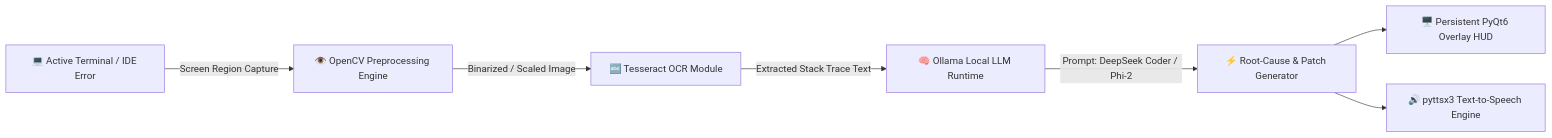
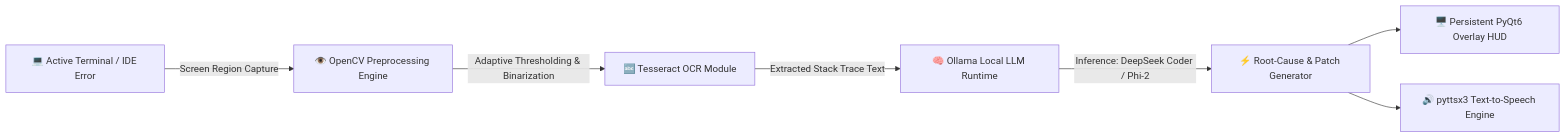
The diagram in README.md (iqandeq006-hue/AI-OCR-DEBUGGER-ASSISTANT), drawn with Mermaid before and after one commit. The commit also changed other lines of this file and 1 other file, not shown here.

````diff
--- a/README.md
+++ b/README.md
@@ -30,9 +37,9 @@
 ```mermaid
 flowchart LR
     A[💻 Active Terminal / IDE Error] -->|Screen Region Capture| B[👁️ OpenCV Preprocessing Engine]
-    B -->|Binarized / Scaled Image| C[🔤 Tesseract OCR Module]
+    B -->|Adaptive Thresholding & Binarization| C[🔤 Tesseract OCR Module]
     C -->|Extracted Stack Trace Text| D[🧠 Ollama Local LLM Runtime]
-    D -->|Prompt: DeepSeek Coder / Phi-2| E[⚡ Root-Cause & Patch Generator]
+    D -->|Inference: DeepSeek Coder / Phi-2| E[⚡ Root-Cause & Patch Generator]
     E --> F[🖥️ Persistent PyQt6 Overlay HUD]
     E --> G[🔊 pyttsx3 Text-to-Speech Engine]
 ```
````
